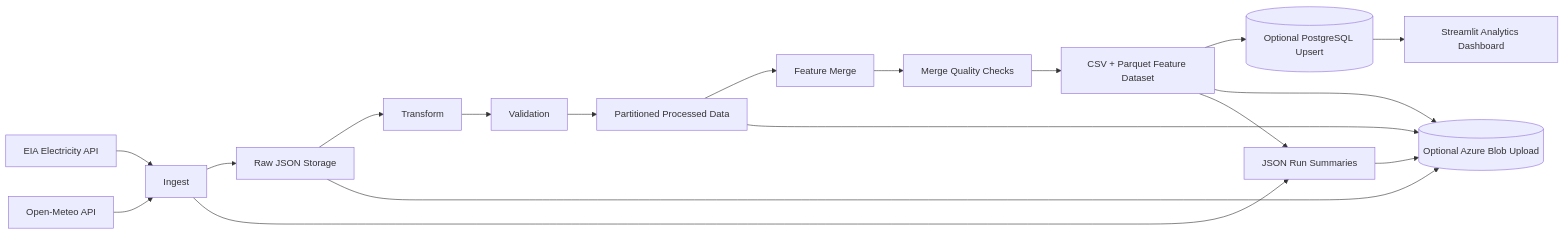
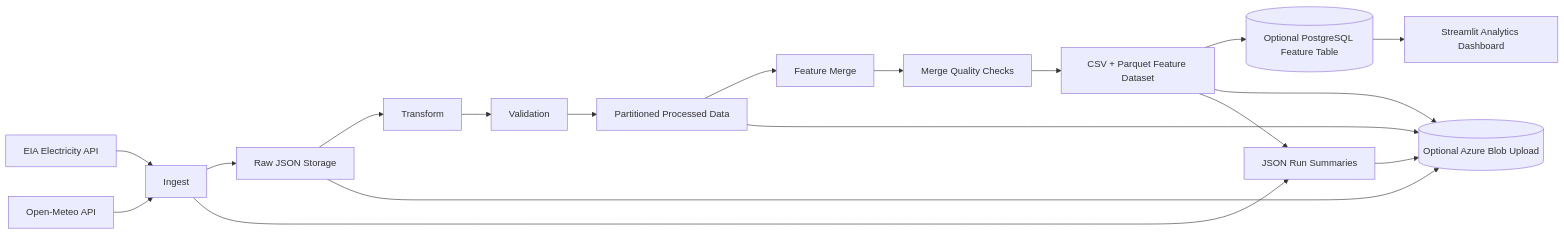
Before and after one commit to Ai-C-12/Electricity-Demand-Data-Pipeline: the first of 2 diagrams in README.md, drawn with Mermaid. The commit also changed other lines of this file, not shown here.

````diff
--- a/README.md
+++ b/README.md
@@ -61,24 +61,24 @@
 ```mermaid
 flowchart LR
     A[EIA Electricity API] --> B[Ingest]
     C[Open-Meteo API] --> B
 
     B --> D[Raw JSON Storage]
     D --> E[Transform]
     E --> F[Validation]
     F --> G[Partitioned Processed Data]
 
     G --> H[Feature Merge]
     H --> I[Merge Quality Checks]
     I --> J[CSV + Parquet Feature Dataset]
 
-    J --> K[(Optional PostgreSQL Upsert)]
+    J --> K[(Optional PostgreSQL Feature Table)]
     K --> N[Streamlit Analytics Dashboard]
     D --> L[(Optional Azure Blob Upload)]
     G --> L
     J --> L
 
     B --> M[JSON Run Summaries]
     J --> M
     M --> L
 ```
````
